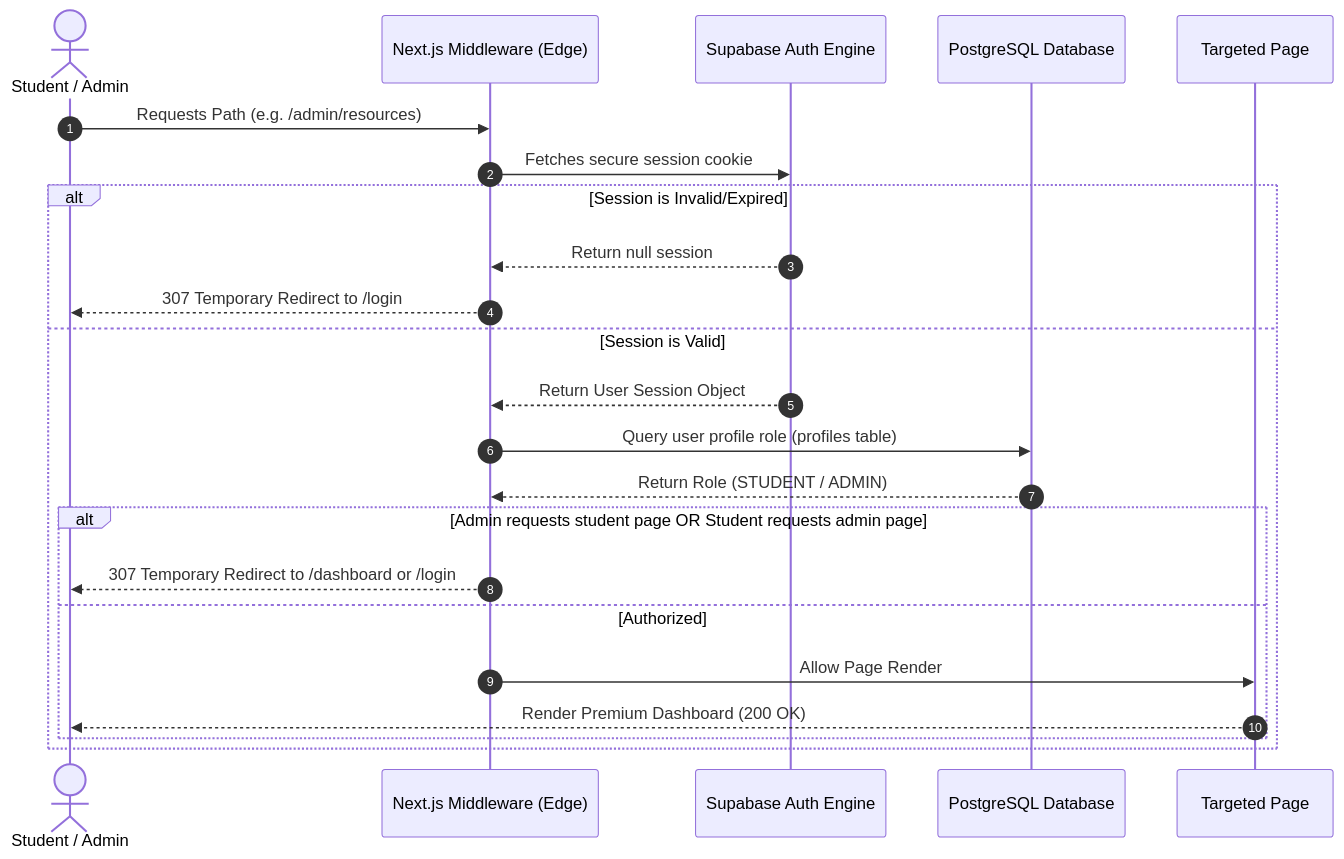
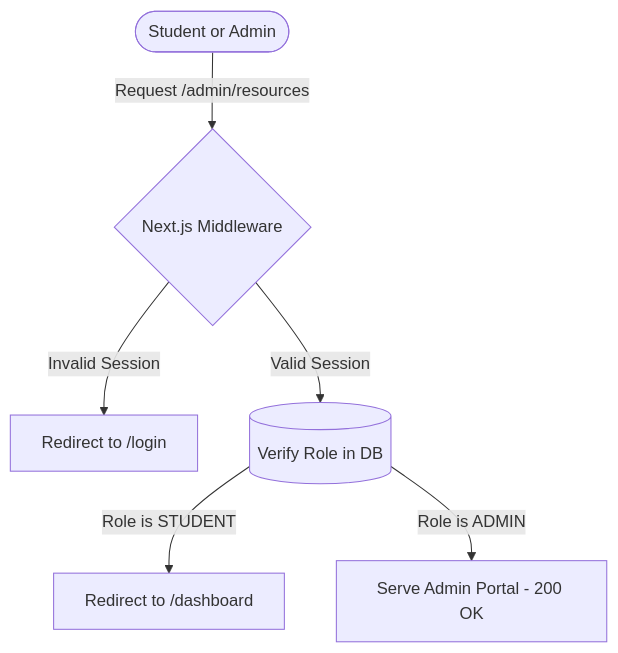
The first of 2 diagrams in README.md (Sparkyyy45/campus-core), drawn with Mermaid before and after one commit. The commit also changed other lines of this file, not shown here.

````diff
--- a/README.md
+++ b/README.md
@@ -12,26 +82,8 @@
 ```mermaid
-sequenceDiagram
-    autonumber
-    actor User as Student / Admin
-    participant Mid as Next.js Middleware (Edge)
-    participant Supa as Supabase Auth Engine
-    participant DB as PostgreSQL Database
-    participant Page as Targeted Page
-
-    User->>Mid: Requests Path (e.g. /admin/resources)
-    Mid->>Supa: Fetches secure session cookie
-    alt Session is Invalid/Expired
-        Supa-->>Mid: Return null session
-        Mid-->>User: 307 Temporary Redirect to /login
-    else Session is Valid
-        Supa-->>Mid: Return User Session Object
-        Mid->>DB: Query user profile role (profiles table)
-        DB-->>Mid: Return Role (STUDENT / ADMIN)
-        alt Admin requests student page OR Student requests admin page
-            Mid-->>User: 307 Temporary Redirect to /dashboard or /login
-        else Authorized
-            Mid->>Page: Allow Page Render
-            Page-->>User: Render Premium Dashboard (200 OK)
-        end
-    end
+graph TD
+    User([Student or Admin]) -->|Request /admin/resources| Mid{Next.js Middleware}
+    Mid -->|Invalid Session| Login[Redirect to /login]
+    Mid -->|Valid Session| DB[(Verify Role in DB)]
+    DB -->|Role is STUDENT| Denied[Redirect to /dashboard]
+    DB -->|Role is ADMIN| Allow[Serve Admin Portal - 200 OK]
 ```
````
